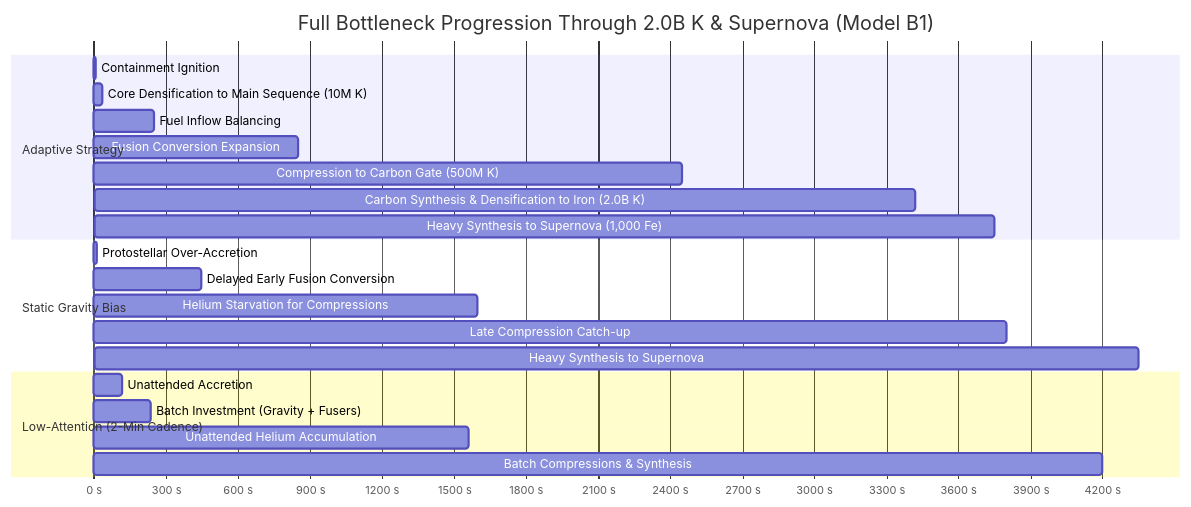
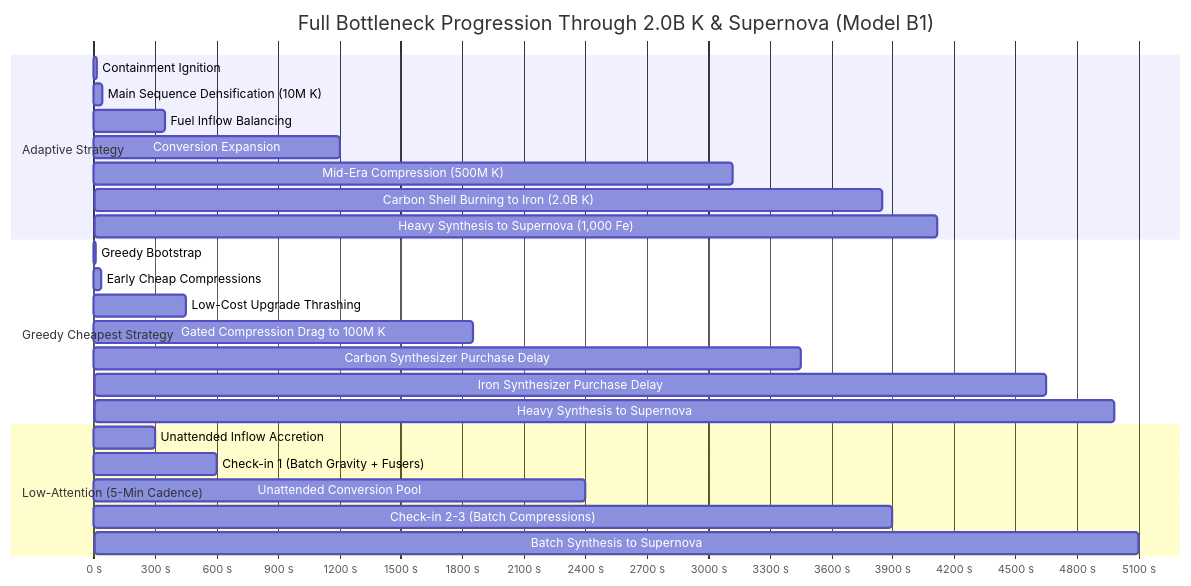
One commit to Entropy030/star-forge-idle changed the second of 2 diagrams in docs/12_PRE_P5_3_ERA3_MACHINE_PROTOTYPE.md. Above: the diagram before and after it, drawn with Mermaid. The commit also changed other lines of this file, not shown here.

Commit message:
docs(p5): complete era three prototype evidence

````diff
--- a/docs/12_PRE_P5_3_ERA3_MACHINE_PROTOTYPE.md
+++ b/docs/12_PRE_P5_3_ERA3_MACHINE_PROTOTYPE.md
@@ -155,28 +153,31 @@
 ```mermaid
 gantt
   title Full Bottleneck Progression Through 2.0B K & Supernova (Model B1)
   dateFormat X
   axisFormat %s s
 
   section Adaptive Strategy
-  Containment Ignition :0, 9
-  Core Densification to Main Sequence (10M K) :9, 35
-  Fuel Inflow Balancing :35, 250
-  Fusion Conversion Expansion :250, 850
-  Compression to Carbon Gate (500M K) :850, 2450
-  Carbon Synthesis & Densification to Iron (2.0B K) :2450, 3420
-  Heavy Synthesis to Supernova (1,000 Fe) :3420, 3750
+  Containment Ignition :0, 14
+  Main Sequence Densification (10M K) :14, 45
+  Fuel Inflow Balancing :45, 350
+  Conversion Expansion :350, 1200
+  Mid-Era Compression (500M K) :1200, 3120
+  Carbon Shell Burning to Iron (2.0B K) :3120, 3850
+  Heavy Synthesis to Supernova (1,000 Fe) :3850, 4120
 
-  section Static Gravity Bias
-  Protostellar Over-Accretion :0, 12
-  Delayed Early Fusion Conversion :12, 450
-  Helium Starvation for Compressions :450, 1600
-  Late Compression Catch-up :1600, 3800
-  Heavy Synthesis to Supernova :3800, 4350
+  section Greedy Cheapest Strategy
+  Greedy Bootstrap :0, 10
+  Early Cheap Compressions :10, 35
+  Low-Cost Upgrade Thrashing :35, 450
+  Gated Compression Drag to 100M K :450, 1850
+  Carbon Synthesizer Purchase Delay :1850, 3450
+  Iron Synthesizer Purchase Delay :3450, 4650
+  Heavy Synthesis to Supernova :4650, 4980
 
-  section Low-Attention (2-Min Cadence)
-  Unattended Accretion :0, 120
-  Batch Investment (Gravity + Fusers) :120, 240
-  Unattended Helium Accumulation :240, 1560
-  Batch Compressions & Synthesis :1560, 4200
+  section Low-Attention (5-Min Cadence)
+  Unattended Inflow Accretion :0, 300
+  Check-in 1 (Batch Gravity + Fusers) :300, 600
+  Unattended Conversion Pool :600, 2400
+  Check-in 2-3 (Batch Compressions) :2400, 3900
+  Batch Synthesis to Supernova :3900, 5100
 ```
````
